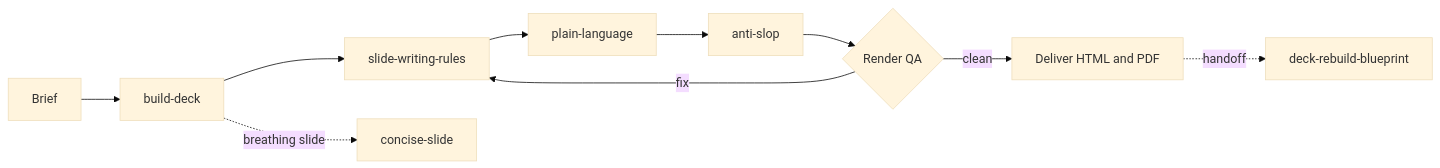
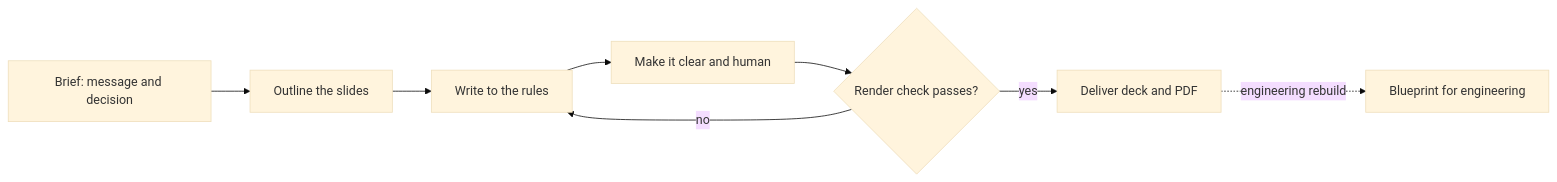
The diagram in README.md (Benyoumen/pm-deck-and-writing-skills), drawn with Mermaid (base theme) before and after one commit. The commit also changed other lines of this file and 1 other file, not shown here.

Commit message:
Plain-word diagrams
Claude-Session: https://claude.ai/code/session_01MSPkWN2RCnxx7b54ZLnuXq

````diff
--- a/README.md
+++ b/README.md
@@ -34,12 +34,10 @@
 ```mermaid
 flowchart LR
-    A[Brief] --> B[build-deck]
-    B --> C[slide-writing-rules]
-    C --> D[plain-language]
-    D --> E[anti-slop]
-    E --> F{Render QA}
-    F -- fix --> C
-    F -- clean --> G[Deliver HTML and PDF]
-    G -. handoff .-> H[deck-rebuild-blueprint]
-    B -. breathing slide .-> I[concise-slide]
+    A["Brief: message and decision"] --> B["Outline the slides"]
+    B --> C["Write to the rules"]
+    C --> D["Make it clear and human"]
+    D --> E{"Render check passes?"}
+    E -- "no" --> C
+    E -- "yes" --> F["Deliver deck and PDF"]
+    F -. "engineering rebuild" .-> G["Blueprint for engineering"]
 ```
````
